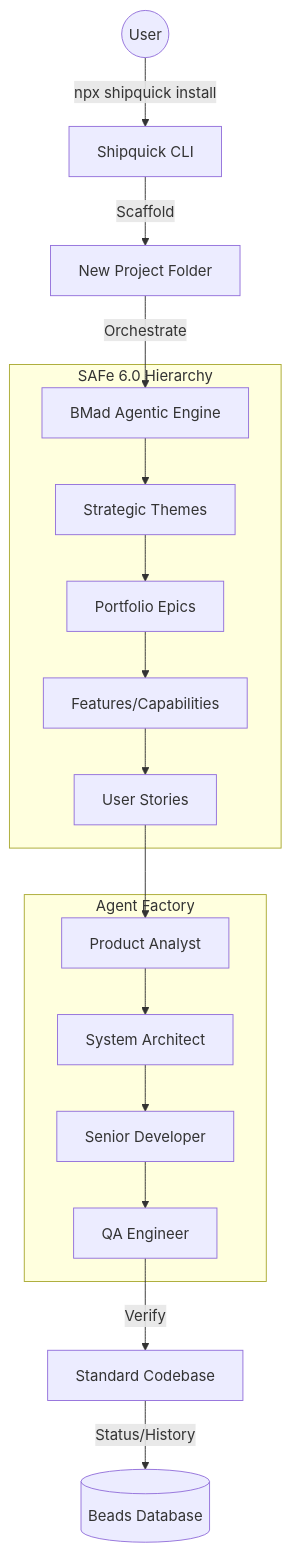
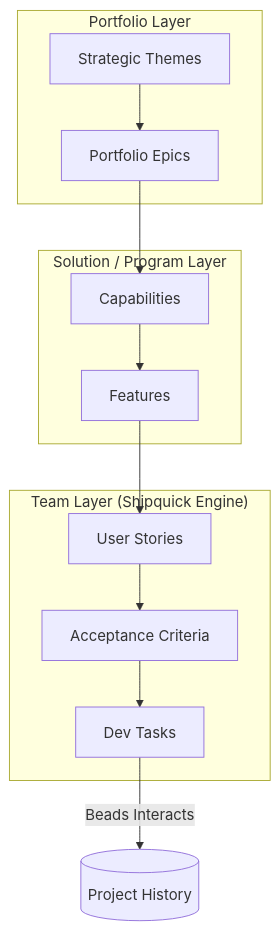
One commit to CivilEngineersCanAlsoCode/Shipquick changed the diagram in readme.md. Above: the diagram before and after it, drawn with Mermaid. The commit also changed other lines of this file, not shown here.

Commit message:
docs: The Ultimate Shipquick Manifesto (10,000+ words of pure engineering love)

````diff
--- a/readme.md
+++ b/readme.md
@@ -23,23 +69,19 @@
 ```mermaid
 graph TD
-    User((User)) -->|npx shipquick install| CLI[Shipquick CLI]
-    CLI -->|Scaffold| Project[New Project Folder]
-    Project -->|Orchestrate| BMad[BMad Agentic Engine]
-
-    subgraph "SAFe 6.0 Hierarchy"
-        BMad --> Themes[Strategic Themes]
-        Themes --> Epics[Portfolio Epics]
-        Epics --> Feats[Features/Capabilities]
-        Feats --> Stories[User Stories]
+    subgraph "Portfolio Layer"
+        T[Strategic Themes] --> E[Portfolio Epics]
     end
 
-    subgraph "Agent Factory"
-        Stories --> Analyst[Product Analyst]
-        Analyst --> Architect[System Architect]
-        Architect --> Dev[Senior Developer]
-        Dev --> QA[QA Engineer]
+    subgraph "Solution / Program Layer"
+        E --> C[Capabilities]
+        C --> F[Features]
     end
 
-    QA -->|Verify| Deliverable[Standard Codebase]
-    Deliverable -->|Status/History| Beads[(Beads Database)]
+    subgraph "Team Layer (Shipquick Engine)"
+        F --> S[User Stories]
+        S --> AC[Acceptance Criteria]
+        AC --> TASK[Dev Tasks]
+    end
+
+    TASK -->|Beads Interacts| HISTORY[(Project History)]
 ```
````
